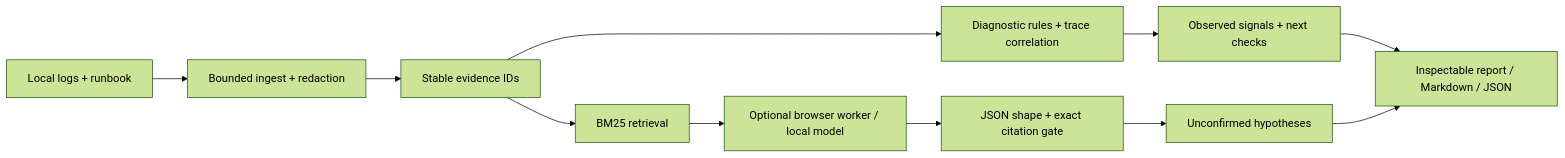
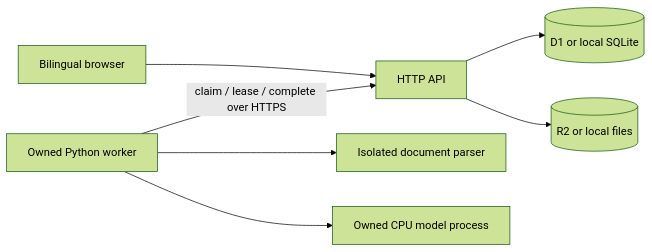
One commit to Kuang-xianxin/quote-review changed the diagram in docs/ARCHITECTURE.md. Above: the diagram before and after it, drawn with Mermaid (forest theme). The commit also changed other lines of this file and 73 other files, not shown here.

Commit message:
Build bilingual quotation review with durable jobs and local model extraction

````diff
--- a/docs/ARCHITECTURE.md
+++ b/docs/ARCHITECTURE.md
@@ -7,13 +5,9 @@
 ```mermaid
 flowchart LR
-  A[Local logs + runbook] --> B[Bounded ingest + redaction]
-  B --> C[Stable evidence IDs]
-  C --> D[Diagnostic rules + trace correlation]
-  C --> E[BM25 retrieval]
-  D --> F[Observed signals + next checks]
-  E --> G[Optional browser worker / local model]
-  G --> H[JSON shape + exact citation gate]
-  H --> I[Unconfirmed hypotheses]
-  F --> J[Inspectable report / Markdown / JSON]
-  I --> J
+  U[Bilingual browser] --> A[HTTP API]
+  A --> D[(D1 or local SQLite)]
+  A --> F[(R2 or local files)]
+  W[Owned Python worker] -->|claim / lease / complete over HTTPS| A
+  W --> P[Isolated document parser]
+  W --> M[Owned CPU model process]
 ```
````
